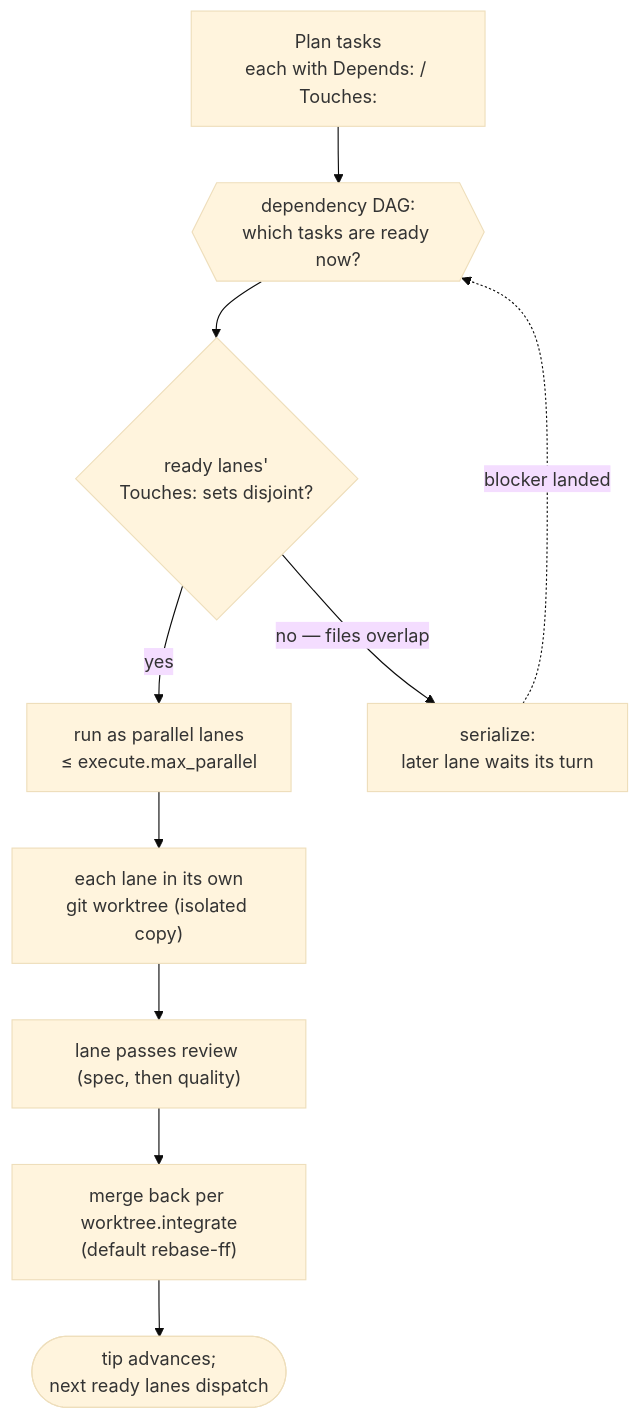
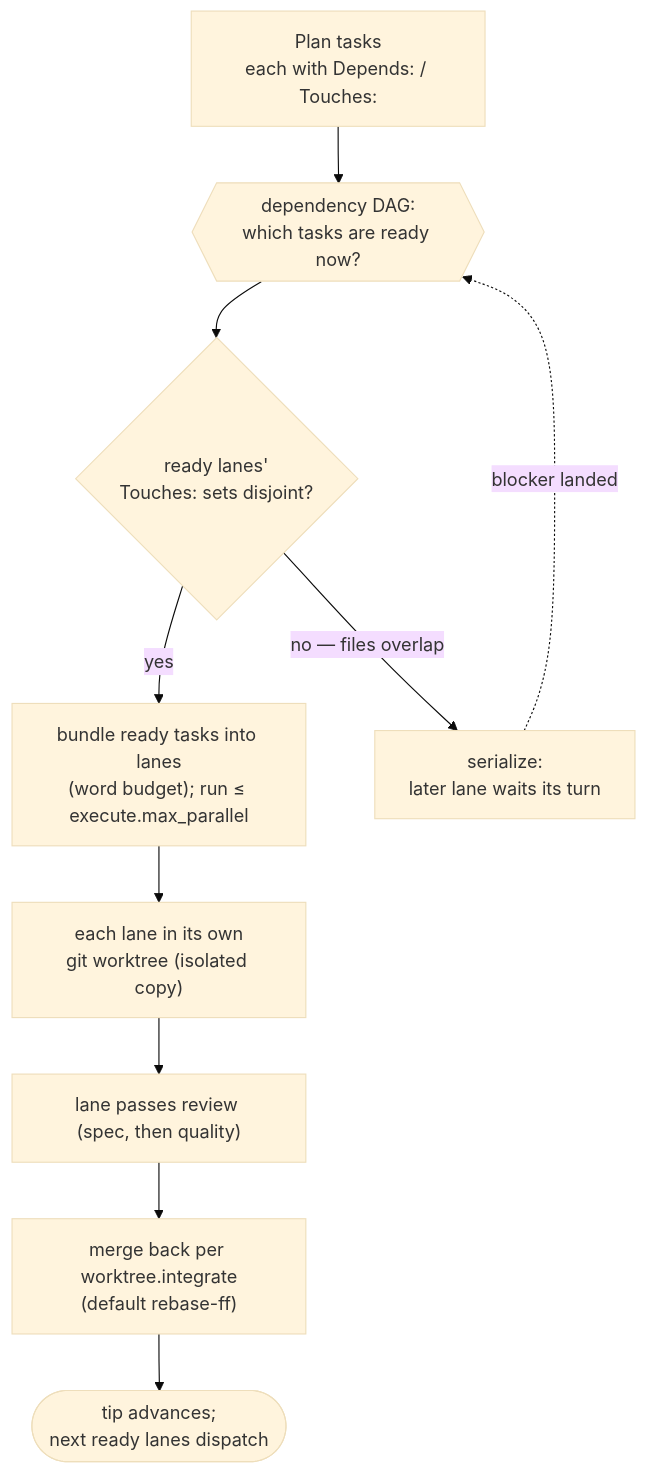
One commit to sentasity/cadence changed the diagram in website/src/content/docs/concepts/parallelism-and-worktrees.mdx. Above: the diagram before and after it, drawn with Mermaid (base theme). The commit also changed other lines of this file and 19 other files, not shown here.

First line of the commit message:
feat(c-execute): rulings instead of stops, word-budget lanes, task resume, pipelined review (v0.25.0) (#41)

````diff
--- a/website/src/content/docs/concepts/parallelism-and-worktrees.mdx
+++ b/website/src/content/docs/concepts/parallelism-and-worktrees.mdx
@@ -46,12 +42,12 @@
 ```mermaid
 flowchart TB
     plan["Plan tasks<br/>each with Depends: / Touches:"] --> dag{{"dependency DAG:<br/>which tasks are ready now?"}}
     dag --> guard{"ready lanes'<br/>Touches: sets disjoint?"}
-    guard -->|yes| run["run as parallel lanes<br/>≤ execute.max_parallel"]
+    guard -->|yes| run["bundle ready tasks into lanes<br/>(word budget); run ≤ execute.max_parallel"]
     guard -->|"no — files overlap"| wait["serialize:<br/>later lane waits its turn"]
     run --> wt["each lane in its own<br/>git worktree (isolated copy)"]
     wt --> review["lane passes review (spec, then quality)"]
     review --> merge["merge back per worktree.integrate<br/>(default rebase-ff)"]
     merge --> tip(["tip advances;<br/>next ready lanes dispatch"])
     wait -.->|blocker landed| dag
 ```
````
